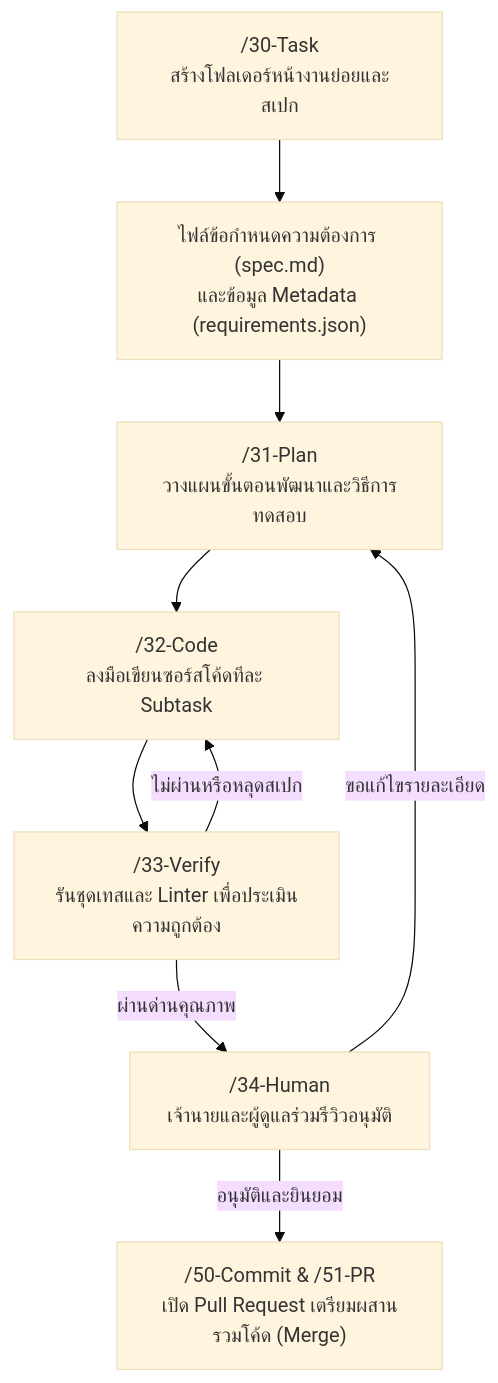
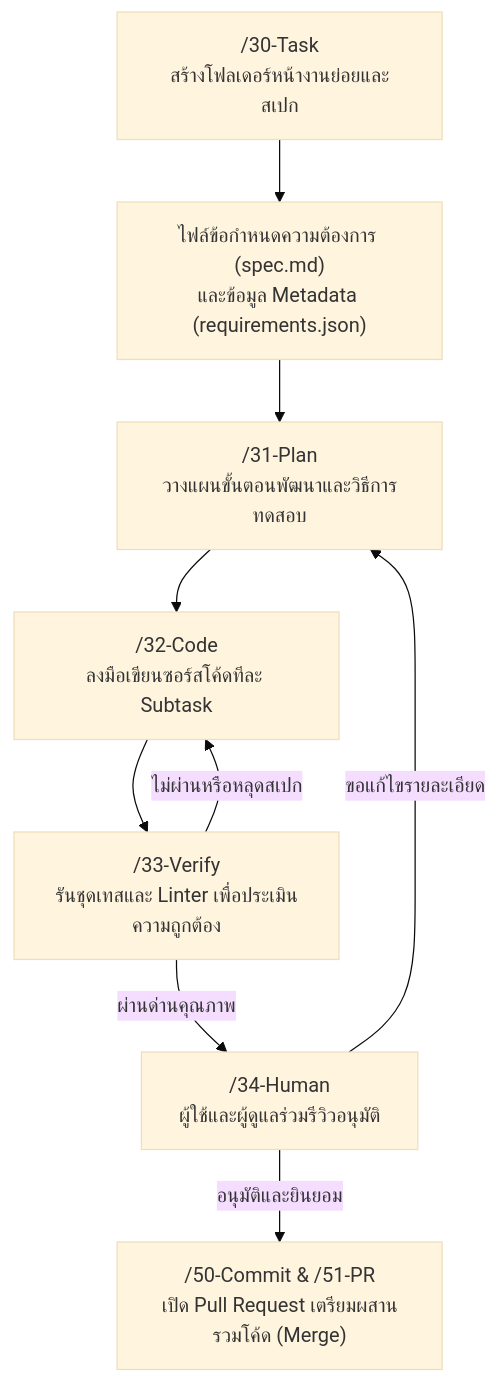
One commit to Jakkrich/nexus-devflow changed the third of 6 diagrams in README.md. Above: the diagram before and after it, drawn with Mermaid (base theme). The commit also changed other lines of this file, not shown here.

````diff
--- a/README.md
+++ b/README.md
@@ -230,19 +230,19 @@
 ```mermaid
 flowchart TD
     Task["/30-Task<br/>สร้างโฟลเดอร์หน้างานย่อยและสเปก"]
     Spec["ไฟล์ข้อกำหนดความต้องการ (spec.md)<br/>และข้อมูล Metadata (requirements.json)"]
     Plan["/31-Plan<br/>วางแผนขั้นตอนพัฒนาและวิธีการทดสอบ"]
     Code["/32-Code<br/>ลงมือเขียนซอร์สโค้ดทีละ Subtask"]
     Verify["/33-Verify<br/>รันชุดเทสและ Linter เพื่อประเมินความถูกต้อง"]
-    Human["/34-Human<br/>เจ้านายและผู้ดูแลร่วมรีวิวอนุมัติ"]
+    Human["/34-Human<br/>ผู้ใช้และผู้ดูแลร่วมรีวิวอนุมัติ"]
     Ship["/50-Commit & /51-PR<br/>เปิด Pull Request เตรียมผสานรวมโค้ด (Merge)"]
  
     Task --> Spec
     Spec --> Plan
     Plan --> Code
     Code --> Verify
     Verify -->|ผ่านด่านคุณภาพ| Human
     Verify -->|ไม่ผ่านหรือหลุดสเปก| Code
     Human -->|อนุมัติและยินยอม| Ship
     Human -->|ขอแก้ไขรายละเอียด| Plan
 ```
````
